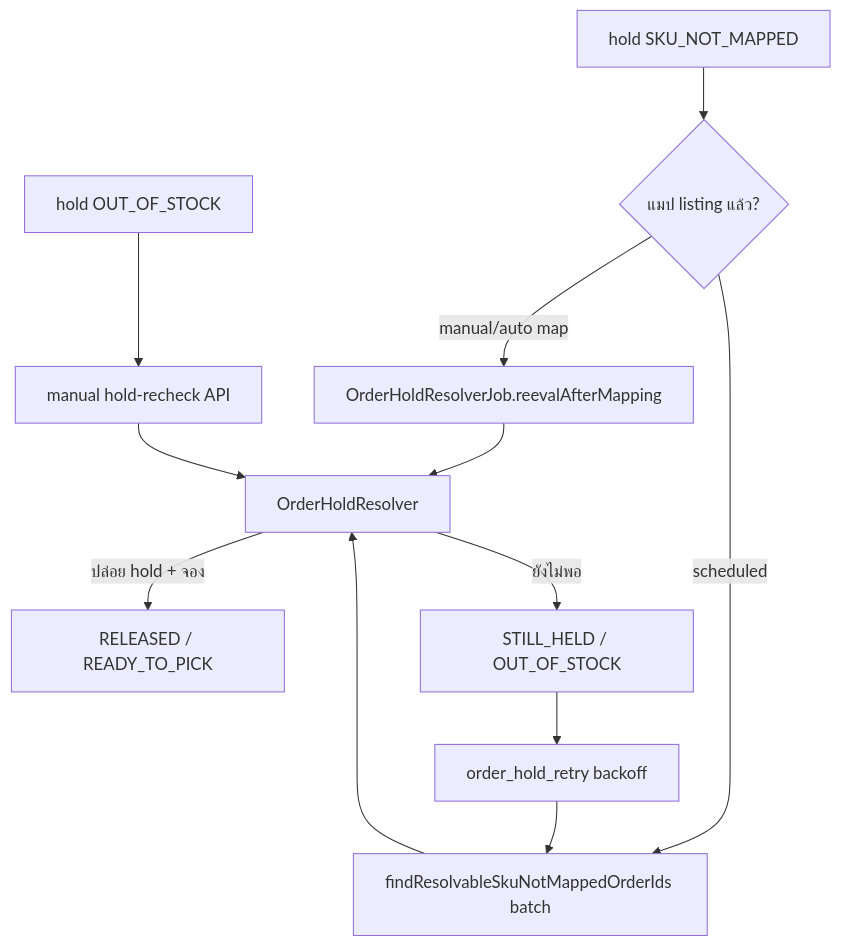
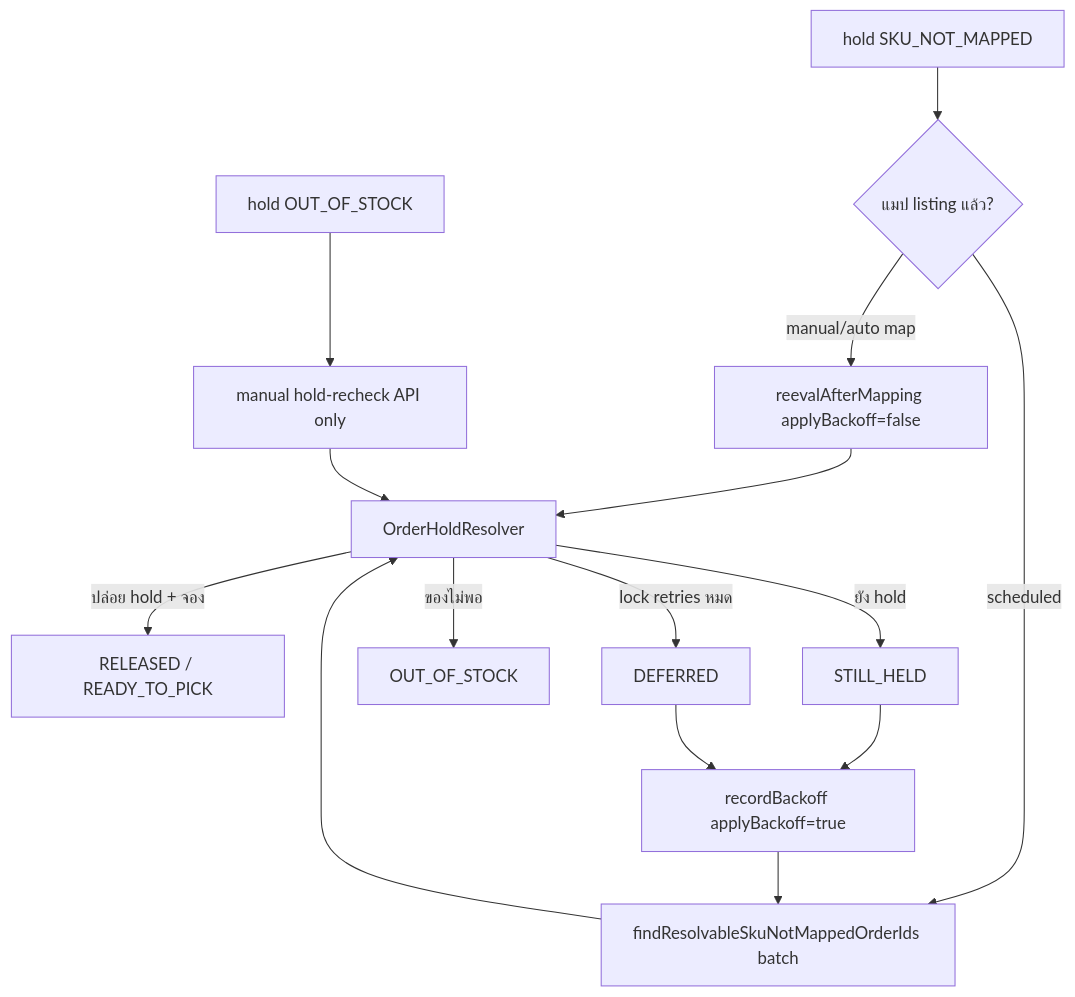
The third of 4 diagrams in docs/tools/modules_body.md (Narote-Dev/ThaiShopFun-OMS), drawn with Mermaid before and after one commit. The commit also changed other lines of this file and 16 other files, not shown here.

First line of the commit message:
docs: round 3 reference quality (per-field usage, schema, CHECK fix)

````diff
--- a/docs/tools/modules_body.md
+++ b/docs/tools/modules_body.md
@@ -113,14 +114,17 @@
 ```mermaid
 flowchart TD
   A[hold SKU_NOT_MAPPED] --> B{แมป listing แล้ว?}
-  B -->|manual/auto map| C[OrderHoldResolverJob.reevalAfterMapping]
+  B -->|manual/auto map| C[reevalAfterMapping applyBackoff=false]
   B -->|scheduled| D[findResolvableSkuNotMappedOrderIds batch]
   C --> E[OrderHoldResolver]
   D --> E
   E -->|ปล่อย hold + จอง| F[RELEASED / READY_TO_PICK]
-  E -->|ยังไม่พอ| G[STILL_HELD / OUT_OF_STOCK]
-  G --> H[order_hold_retry backoff]
-  H --> D
-  I[hold OUT_OF_STOCK] --> J[manual hold-recheck API]
-  J --> E
+  E -->|ยัง hold| G[STILL_HELD]
+  E -->|ของไม่พอ| H[OUT_OF_STOCK]
+  E -->|lock retries หมด| I[DEFERRED]
+  G --> J[recordBackoff applyBackoff=true]
+  I --> J
+  J --> D
+  K[hold OUT_OF_STOCK] --> L[manual hold-recheck API only]
+  L --> E
 ```
````
